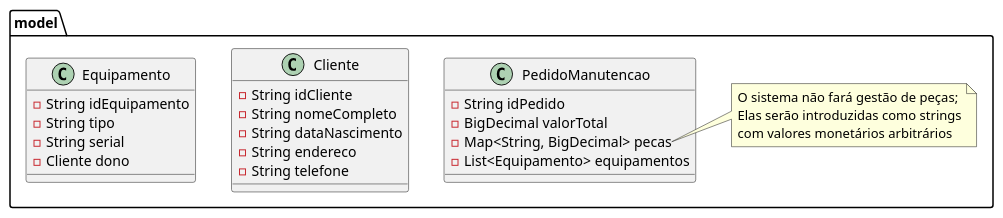
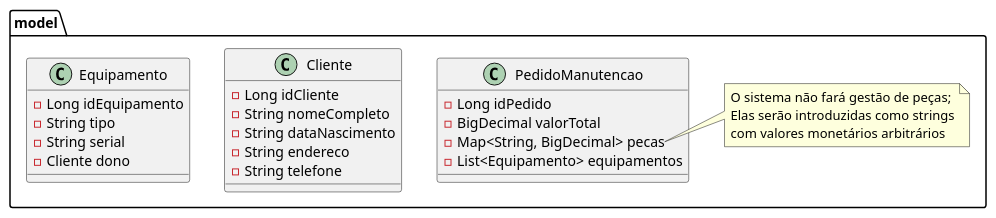
One commit to radialserial/Mixer changed the second of 2 diagrams in README.md. Above: the diagram before and after it, drawn with PlantUML.

Commit message:
fix(README): make ids use Long

````diff
--- a/README.md
+++ b/README.md
@@ -11,37 +11,37 @@
 ```plantuml
 @startuml
 
 package model {
 
     class Cliente {
-        - String idCliente
+        - Long idCliente
         - String nomeCompleto
         - String dataNascimento
         - String endereco
         - String telefone
     }
 
     class Equipamento {
-        - String idEquipamento
+        - Long idEquipamento
         - String tipo
         - String serial
         - Cliente dono
     }
 
     class PedidoManutencao {
-        - String idPedido
+        - Long idPedido
         - BigDecimal valorTotal
         - Map<String, BigDecimal> pecas
         - List<Equipamento> equipamentos
     }
 
     note right of PedidoManutencao::pecas
         O sistema não fará gestão de peças;
         Elas serão introduzidas como strings
         com valores monetários arbitrários
     end note
 
 }
 
 @enduml
 ```
````
